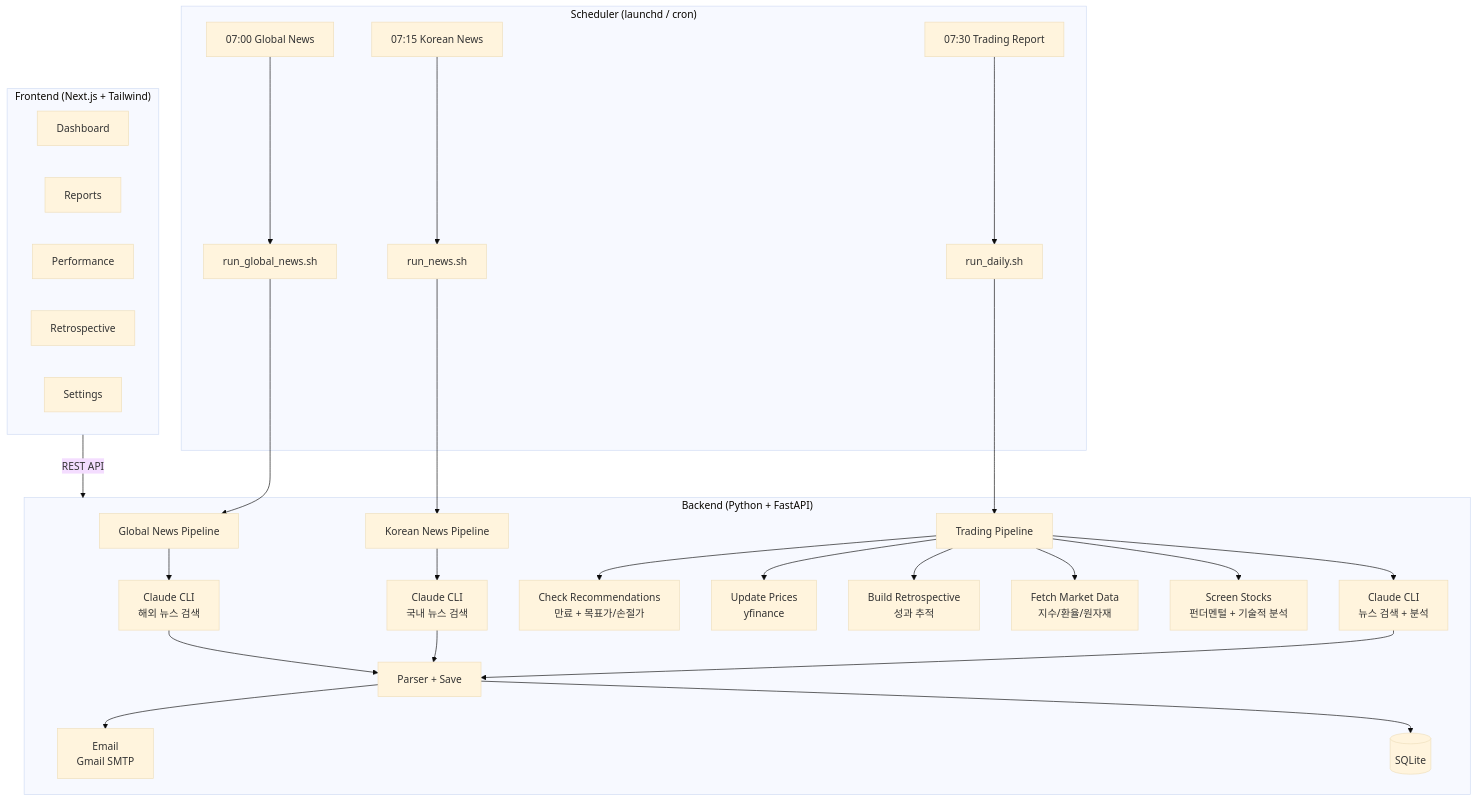
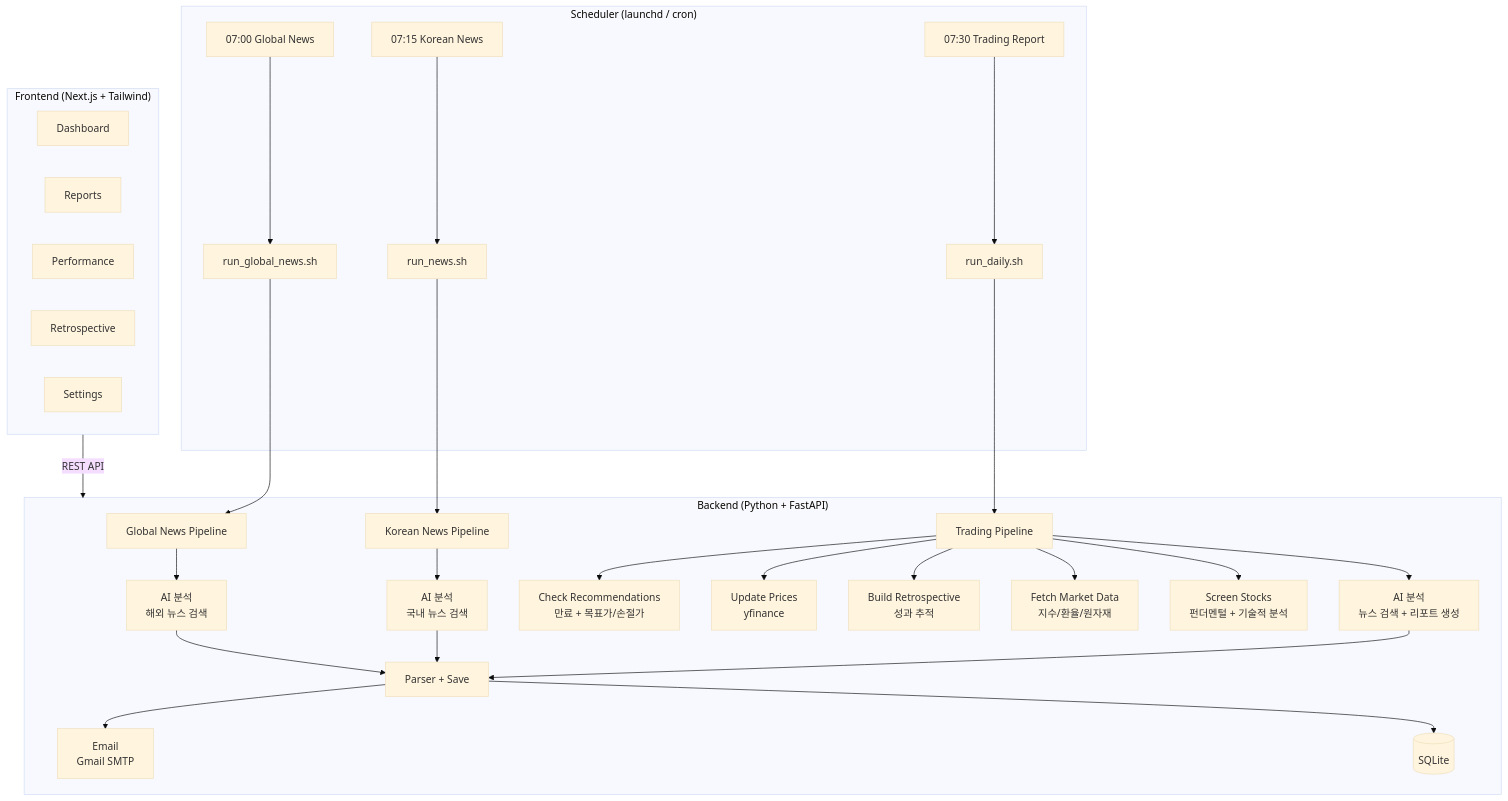
Before and after one commit to baba9811/daily-market-report: the diagram in README.md, drawn with Mermaid (base theme). The commit also changed other lines of this file, not shown here.

````diff
--- a/README.md
+++ b/README.md
@@ -208,40 +202,40 @@
 ```mermaid
 graph TB
     subgraph Scheduler["Scheduler (launchd / cron)"]
         S1[07:00 Global News] --> R1[run_global_news.sh]
         S2[07:15 Korean News] --> R2[run_news.sh]
         S3[07:30 Trading Report] --> R3[run_daily.sh]
     end
 
     subgraph Backend["Backend (Python + FastAPI)"]
         R1 --> GN[Global News Pipeline]
         R2 --> KN[Korean News Pipeline]
         R3 --> O[Trading Pipeline]
 
-        GN --> C1[Claude CLI<br/>해외 뉴스 검색]
-        KN --> C2[Claude CLI<br/>국내 뉴스 검색]
+        GN --> C1[AI 분석<br/>해외 뉴스 검색]
+        KN --> C2[AI 분석<br/>국내 뉴스 검색]
 
         O --> CK[Check Recommendations<br/>만료 + 목표가/손절가]
         O --> UP[Update Prices<br/>yfinance]
         O --> RT[Build Retrospective<br/>성과 추적]
         O --> MD[Fetch Market Data<br/>지수/환율/원자재]
         O --> SC[Screen Stocks<br/>펀더멘털 + 기술적 분석]
-        O --> C3[Claude CLI<br/>뉴스 검색 + 분석]
+        O --> C3[AI 분석<br/>뉴스 검색 + 리포트 생성]
 
         C1 --> PR[Parser + Save]
         C2 --> PR
         C3 --> PR
         PR --> E[Email<br/>Gmail SMTP]
         PR --> DB[(SQLite)]
     end
 
     subgraph Frontend["Frontend (Next.js + Tailwind)"]
         D[Dashboard]
         RP[Reports]
         PF[Performance]
         RS[Retrospective]
         ST[Settings]
     end
 
     Frontend -->|REST API| Backend
 ```
````
